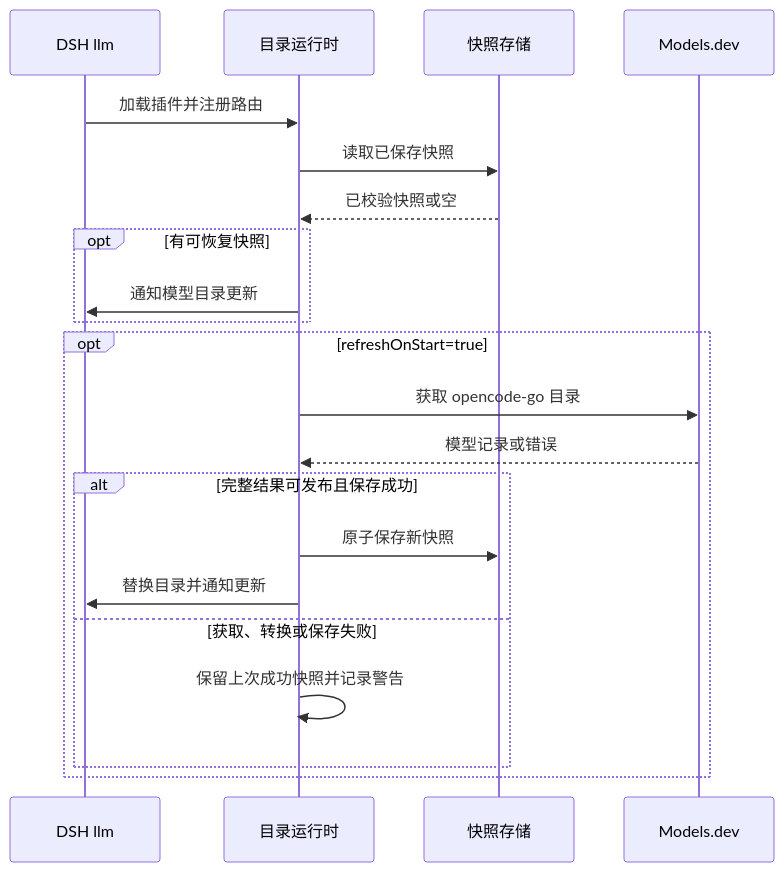
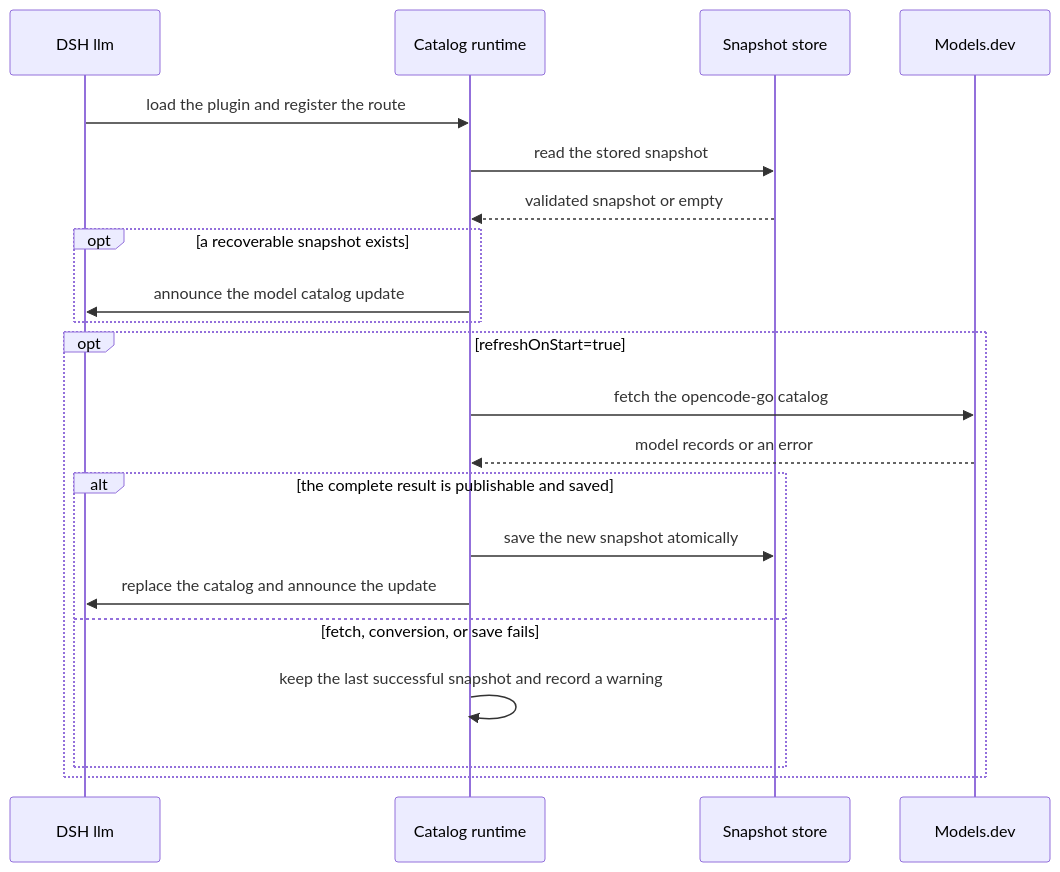
Before and after one commit to SkylerFee/dsh-llm-opencode-go-live: the second of 3 diagrams in docs/opencode-go-live-dynamic-catalog-design.md, drawn with Mermaid. The commit also changed other lines of this file and 7 other files, not shown here.

````diff
--- a/docs/opencode-go-live-dynamic-catalog-design.md
+++ b/docs/opencode-go-live-dynamic-catalog-design.md
@@ -39,23 +41,23 @@
 ```mermaid
 sequenceDiagram
     participant DSH as DSH llm
-    participant Runtime as 目录运行时
-    participant Store as 快照存储
+    participant Runtime as Catalog runtime
+    participant Store as Snapshot store
     participant Source as Models.dev
-    DSH->>Runtime: 加载插件并注册路由
-    Runtime->>Store: 读取已保存快照
-    Store-->>Runtime: 已校验快照或空
-    opt 有可恢复快照
-        Runtime->>DSH: 通知模型目录更新
+    DSH->>Runtime: load the plugin and register the route
+    Runtime->>Store: read the stored snapshot
+    Store-->>Runtime: validated snapshot or empty
+    opt a recoverable snapshot exists
+        Runtime->>DSH: announce the model catalog update
     end
     opt refreshOnStart=true
-        Runtime->>Source: 获取 opencode-go 目录
-        Source-->>Runtime: 模型记录或错误
-        alt 完整结果可发布且保存成功
-            Runtime->>Store: 原子保存新快照
-            Runtime->>DSH: 替换目录并通知更新
-        else 获取、转换或保存失败
-            Runtime->>Runtime: 保留上次成功快照并记录警告
+        Runtime->>Source: fetch the opencode-go catalog
+        Source-->>Runtime: model records or an error
+        alt the complete result is publishable and saved
+            Runtime->>Store: save the new snapshot atomically
+            Runtime->>DSH: replace the catalog and announce the update
+        else fetch, conversion, or save fails
+            Runtime->>Runtime: keep the last successful snapshot and record a warning
         end
     end
 ```
````
